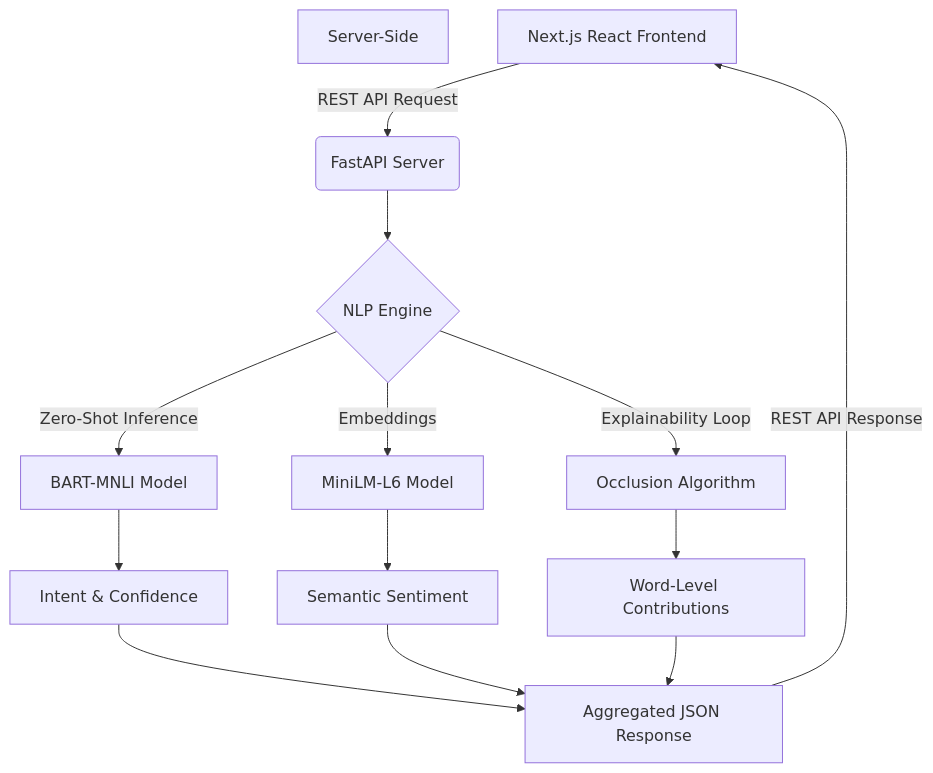
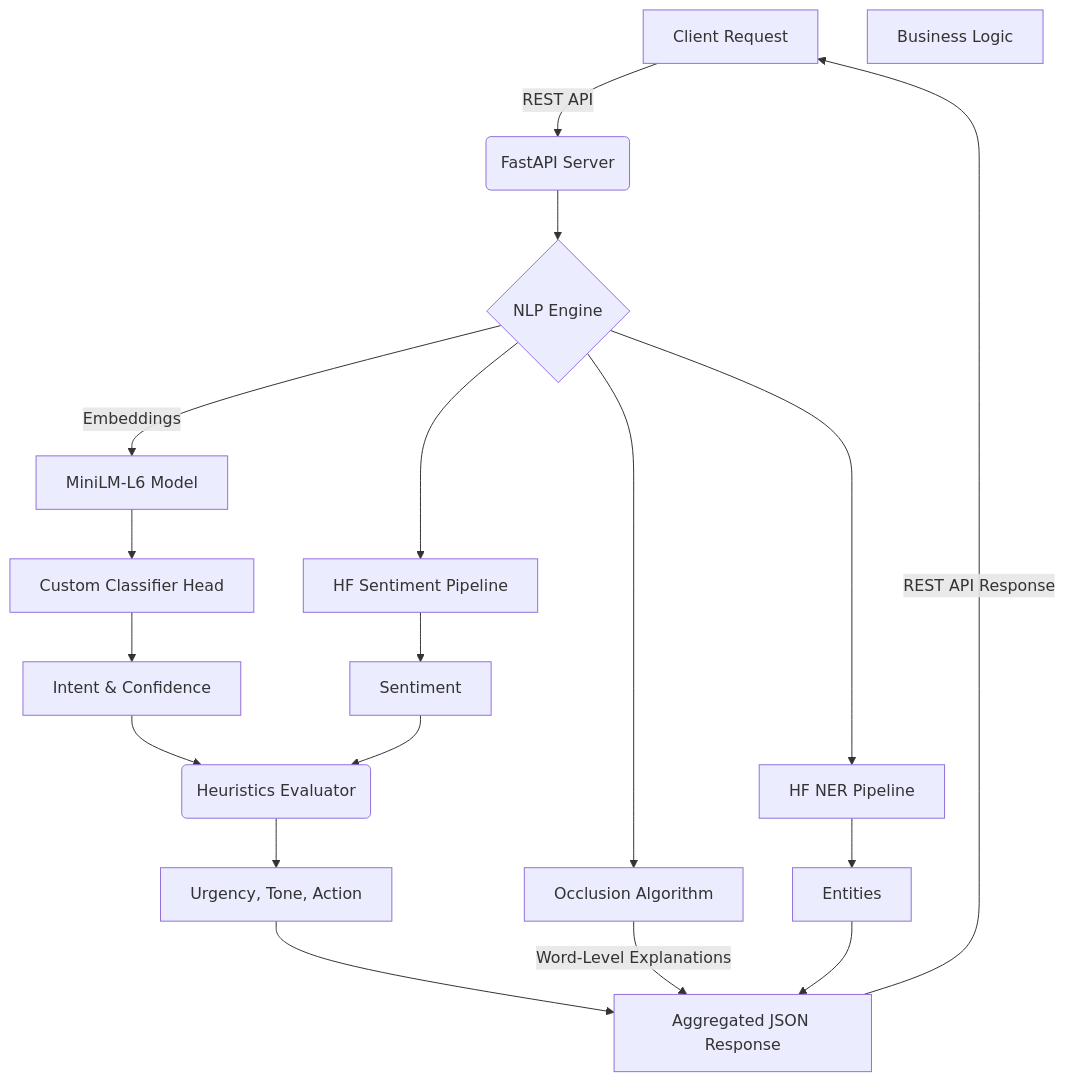
One commit to IDKHowToCodeFR/Semantic-Comment-Analyze changed the diagram in README.md. Above: the diagram before and after it, drawn with Mermaid. The commit also changed other lines of this file and 1 other file, not shown here.

Commit message:
docs: rewrite README with professional architecture overview

````diff
--- a/README.md
+++ b/README.md
@@ -31,19 +33,26 @@
 ```mermaid
 graph TD
-    subaxis[Client-Side]
-    A[Next.js React Frontend] -->|REST API Request| B(FastAPI Server)
+    A[Client Request] -->|REST API| B(FastAPI Server)
     
-    subaxis[Server-Side]
+    subaxis[NLP Pipeline]
     B --> C{NLP Engine}
-    C -->|Zero-Shot Inference| D[BART-MNLI Model]
-    C -->|Embeddings| E[MiniLM-L6 Model]
-    C -->|Explainability Loop| F[Occlusion Algorithm]
-    D --> G[Intent & Confidence]
-    E --> H[Semantic Sentiment]
-    F --> I[Word-Level Contributions]
-    G --> J[Aggregated JSON Response]
-    H --> J
-    I --> J
+    C -->|Embeddings| D[MiniLM-L6 Model]
+    D --> E[Custom Classifier Head]
+    C --> F[HF Sentiment Pipeline]
+    C --> G[HF NER Pipeline]
+    C --> H[Occlusion Algorithm]
     
-    J -->|REST API Response| A
+    subaxis[Business Logic]
+    E --> I[Intent & Confidence]
+    F --> J[Sentiment]
+    G --> K[Entities]
+    I --> L(Heuristics Evaluator)
+    J --> L
+    L --> M[Urgency, Tone, Action]
+    
+    M --> N[Aggregated JSON Response]
+    H -->|Word-Level Explanations| N
+    K --> N
+    
+    N -->|REST API Response| A
 ```
````
